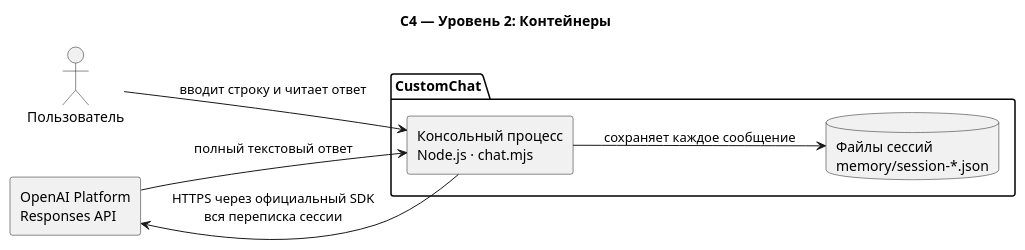
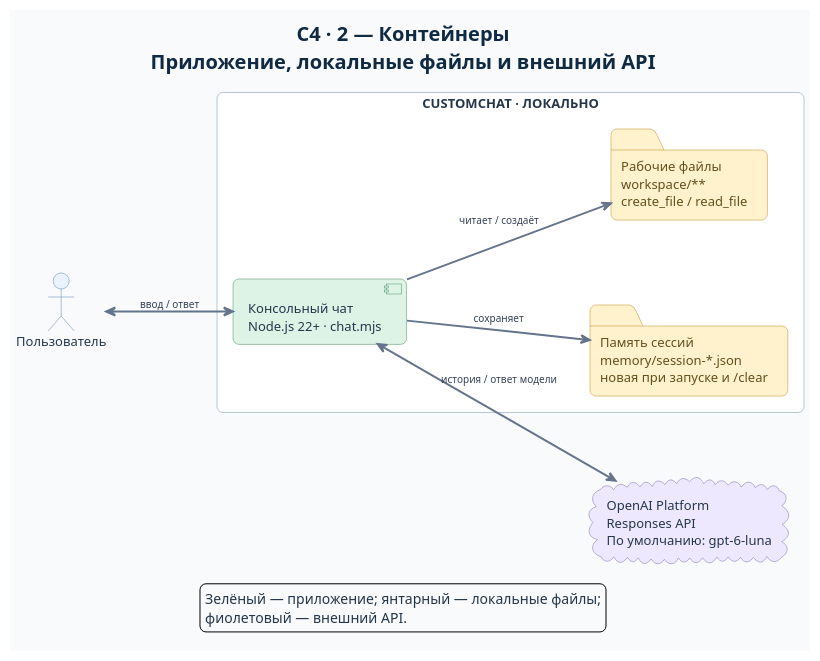
One commit to Dima163163/tg-bot changed the diagram in 03-codex-killer/docs/diagrams/c4-containers.puml. Above: the diagram before and after it, drawn with PlantUML. The commit also changed 8 other files, not shown here.

```diff
--- a/03-codex-killer/docs/diagrams/c4-containers.puml
+++ b/03-codex-killer/docs/diagrams/c4-containers.puml
@@ -1,18 +1,54 @@
 @startuml
-title C4 — Уровень 2: Контейнеры
+title C4 · 2 — Контейнеры\nПриложение, локальные файлы и внешний API
 left to right direction
+skinparam backgroundColor #F8FAFC
 skinparam shadowing false
-skinparam wrapWidth 220
+skinparam defaultFontName Arial
+skinparam defaultFontSize 13
+skinparam defaultFontColor #24364B
+skinparam titleFontSize 20
+skinparam titleFontStyle bold
+skinparam titleFontColor #102A43
+skinparam ArrowColor #64748B
+skinparam ArrowThickness 2
+skinparam ArrowFontColor #334155
+skinparam ArrowFontSize 10
+skinparam packageStyle rectangle
+skinparam roundcorner 12
+skinparam nodesep 85
+skinparam ranksep 65
+skinparam package {
+  BorderColor #B8C6D6
+  BackgroundColor #FFFFFF
+  FontColor #24364B
+}
+skinparam folder {
+  BorderColor #C08A27
+  BackgroundColor #FFF2CC
+  FontColor #654F1D
+}
+skinparam actorBackgroundColor #EAF2FF
+skinparam actorBorderColor #5B82B1
+skinparam componentBackgroundColor #DDF3E5
+skinparam componentBorderColor #4C8C67
+skinparam cloudBackgroundColor #EEE8FF
+skinparam cloudBorderColor #7B68AE
 
-actor "Пользователь" as user
-package "CustomChat" {
-  rectangle "Консольный процесс\nNode.js · chat.mjs" as consoleApp
-  database "Файлы сессий\nmemory/session-*.json" as memory
+actor "Пользователь" as user #EAF2FF
+package "CUSTOMCHAT · ЛОКАЛЬНО" #FFFFFF {
+  component "Консольный чат\nNode.js 22+ · chat.mjs" as app #DDF3E5
+  folder "Память сессий\nmemory/session-*.json\nновая при запуске и /clear" as memoryFiles #FFF2CC
+  folder "Рабочие файлы\nworkspace/**\ncreate_file / read_file" as workspaceFiles #FFF2CC
 }
-rectangle "OpenAI Platform\nResponses API" as openai
+cloud "OpenAI Platform\nResponses API\nПо умолчанию: gpt-6-luna" as openai #EEE8FF
 
-user --> consoleApp : вводит строку и читает ответ
-consoleApp --> memory : сохраняет каждое сообщение
-consoleApp --> openai : HTTPS через официальный SDK\nвся переписка сессии
-openai --> consoleApp : полный текстовый ответ
+user <--> app : ввод / ответ
+app <--> openai : история / ответ модели
+app -down-> memoryFiles : сохраняет
+app -down-> workspaceFiles : читает / создаёт
+
+legend bottom
+  Зелёный — приложение; янтарный — локальные файлы;
+  фиолетовый — внешний API.
+endlegend
 @enduml
```
